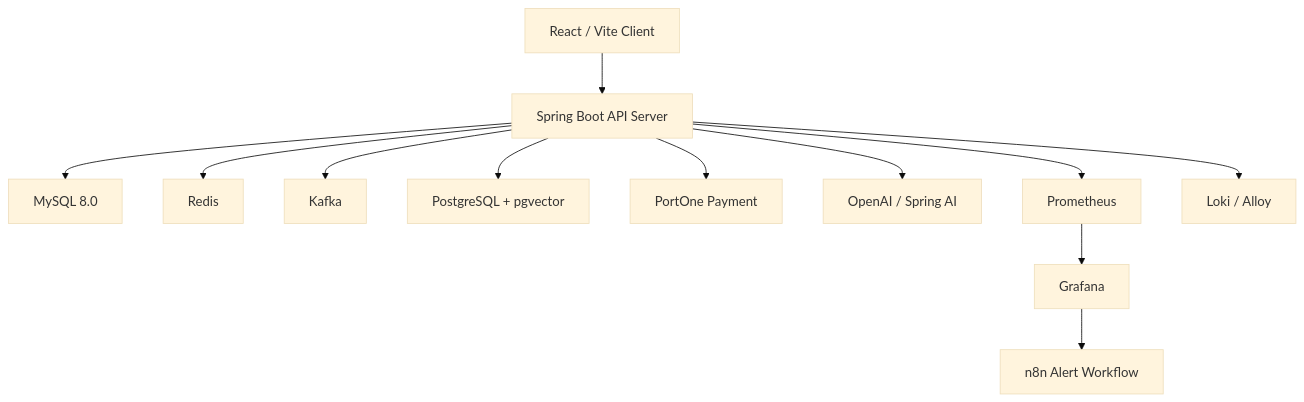
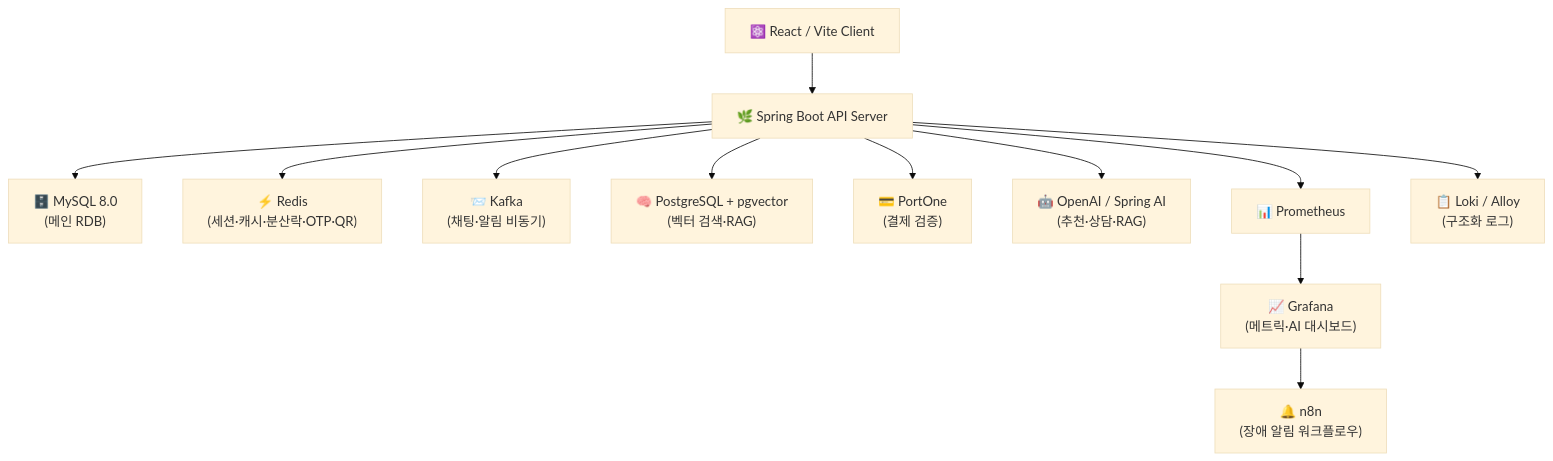
One commit to Team3-Final-Project-SNS/Final-project changed the third of 4 diagrams in README.md. Above: the diagram before and after it, drawn with Mermaid (base theme). The commit also changed other lines of this file, not shown here.

````diff
--- a/README.md
+++ b/README.md
@@ -237,17 +342,17 @@
 ```mermaid
 flowchart TB
-    Client["React / Vite Client"] --> API["Spring Boot API Server"]
+    Client["⚛️ React / Vite Client"] --> API["🌿 Spring Boot API Server"]
 
-    API --> MySQL["MySQL 8.0"]
-    API --> Redis["Redis"]
-    API --> Kafka["Kafka"]
-    API --> PgVector["PostgreSQL + pgvector"]
+    API --> MySQL["🗄️ MySQL 8.0\n(메인 RDB)"]
+    API --> Redis["⚡ Redis\n(세션·캐시·분산락·OTP·QR)"]
+    API --> Kafka["📨 Kafka\n(채팅·알림 비동기)"]
+    API --> PgVector["🧠 PostgreSQL + pgvector\n(벡터 검색·RAG)"]
 
-    API --> PortOne["PortOne Payment"]
-    API --> OpenAI["OpenAI / Spring AI"]
+    API --> PortOne["💳 PortOne\n(결제 검증)"]
+    API --> OpenAI["🤖 OpenAI / Spring AI\n(추천·상담·RAG)"]
 
-    API --> Prometheus["Prometheus"]
-    Prometheus --> Grafana["Grafana"]
-    API --> Loki["Loki / Alloy"]
-    Grafana --> N8N["n8n Alert Workflow"]
+    API --> Prometheus["📊 Prometheus"]
+    Prometheus --> Grafana["📈 Grafana\n(메트릭·AI 대시보드)"]
+    API --> Loki["📋 Loki / Alloy\n(구조화 로그)"]
+    Grafana --> N8N["🔔 n8n\n(장애 알림 워크플로우)"]
 ```
````
